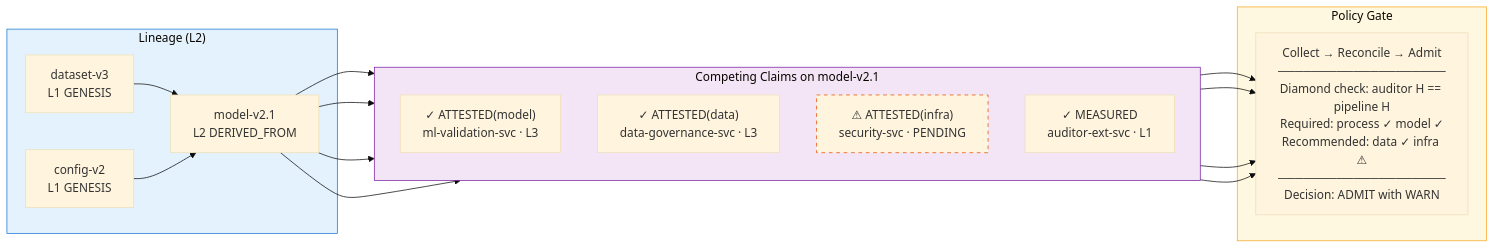
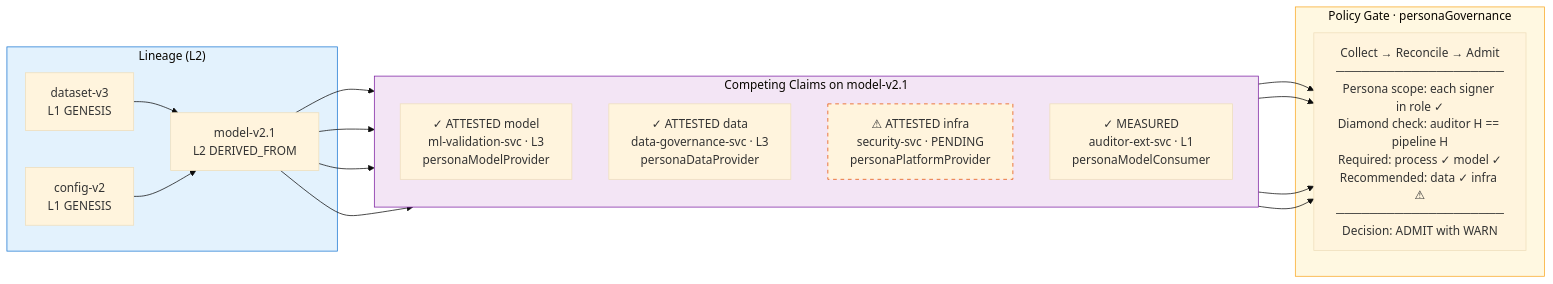
The fourth of 4 diagrams in risk-map/docs/artifact-integrity-maturity-pattern.md (cosai-oasis/secure-ai-tooling), drawn with Mermaid (base theme) before and after one commit. The commit also changed other lines of this file, not shown here.

````diff
--- a/risk-map/docs/artifact-integrity-maturity-pattern.md
+++ b/risk-map/docs/artifact-integrity-maturity-pattern.md
@@ -331,28 +391,28 @@
 ```mermaid
 flowchart LR
     subgraph lineage["Lineage (L2)"]
-        DATA["dataset-v3\nL1 GENESIS"] --> MODEL["model-v2.1\nL2 DERIVED_FROM"]
-        CONFIG["config-v2\nL1 GENESIS"] --> MODEL
+        DATA["dataset-v3<br/>L1 GENESIS"] --> MODEL["model-v2.1<br/>L2 DERIVED_FROM"]
+        CONFIG["config-v2<br/>L1 GENESIS"] --> MODEL
     end
 
     subgraph claims["Competing Claims on model-v2.1"]
         direction TB
-        C1["✓ ATTESTED(model)\nml-validation-svc · L3"]
-        C2["✓ ATTESTED(data)\ndata-governance-svc · L3"]
-        C3["⚠ ATTESTED(infra)\nsecurity-svc · PENDING"]
-        C4["✓ MEASURED\nauditor-ext-svc · L1"]
+        C1["✓ ATTESTED model<br/>ml-validation-svc · L3<br/>personaModelProvider"]
+        C2["✓ ATTESTED data<br/>data-governance-svc · L3<br/>personaDataProvider"]
+        C3["⚠ ATTESTED infra<br/>security-svc · PENDING<br/>personaPlatformProvider"]
+        C4["✓ MEASURED<br/>auditor-ext-svc · L1<br/>personaModelConsumer"]
     end
 
     MODEL --> C1 & C2 & C3 & C4
 
-    subgraph gate["Policy Gate"]
-        DECIDE["Collect → Reconcile → Admit\n────────────────────\nDiamond check: auditor H == pipeline H\nRequired: process ✓ model ✓\nRecommended: data ✓ infra ⚠\n────────────────────\nDecision: ADMIT with WARN"]
+    subgraph gate["Policy Gate · personaGovernance"]
+        DECIDE["Collect → Reconcile → Admit<br/>────────────────────<br/>Persona scope: each signer in role ✓<br/>Diamond check: auditor H == pipeline H<br/>Required: process ✓ model ✓<br/>Recommended: data ✓ infra ⚠<br/>────────────────────<br/>Decision: ADMIT with WARN"]
     end
 
     C1 & C2 & C3 & C4 --> DECIDE
 
     style lineage fill:#e3f2fd,stroke:#1976d2
     style claims fill:#f3e5f5,stroke:#7b1fa2
     style C3 stroke:#e65100,stroke-dasharray:5
     style gate fill:#fff8e1,stroke:#f9a825
 ```
````
